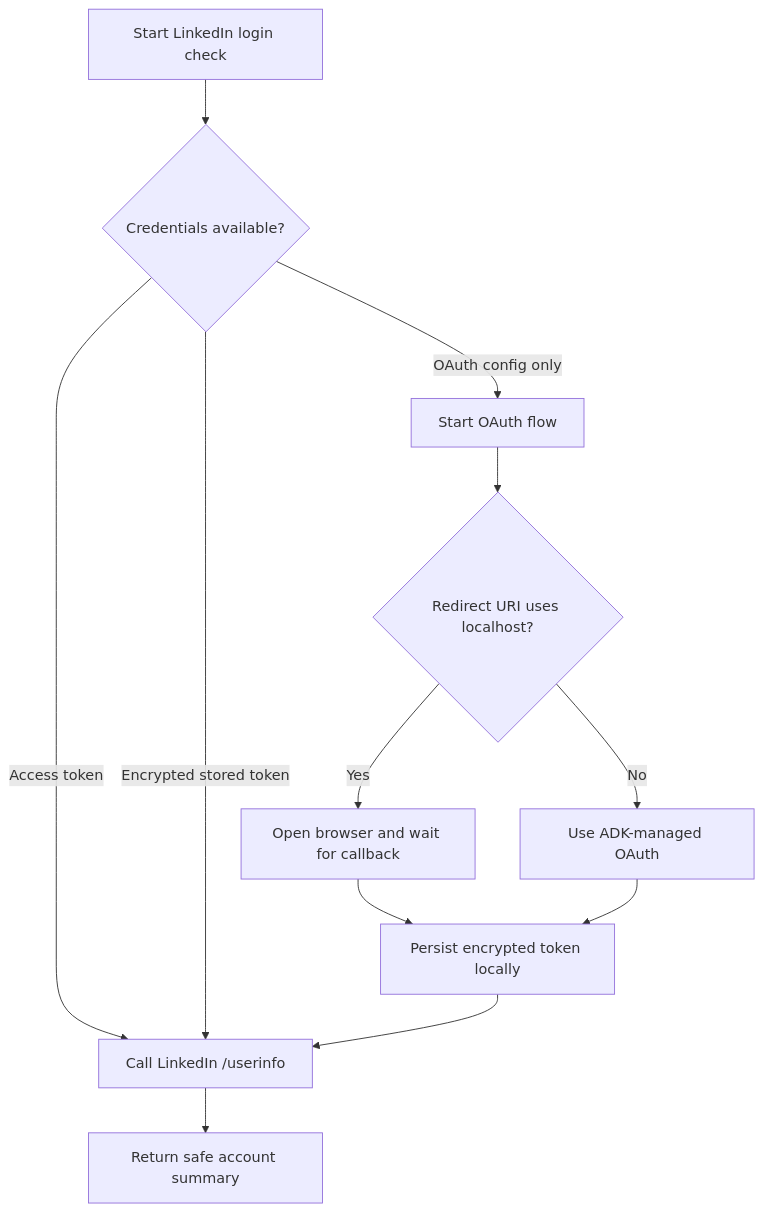
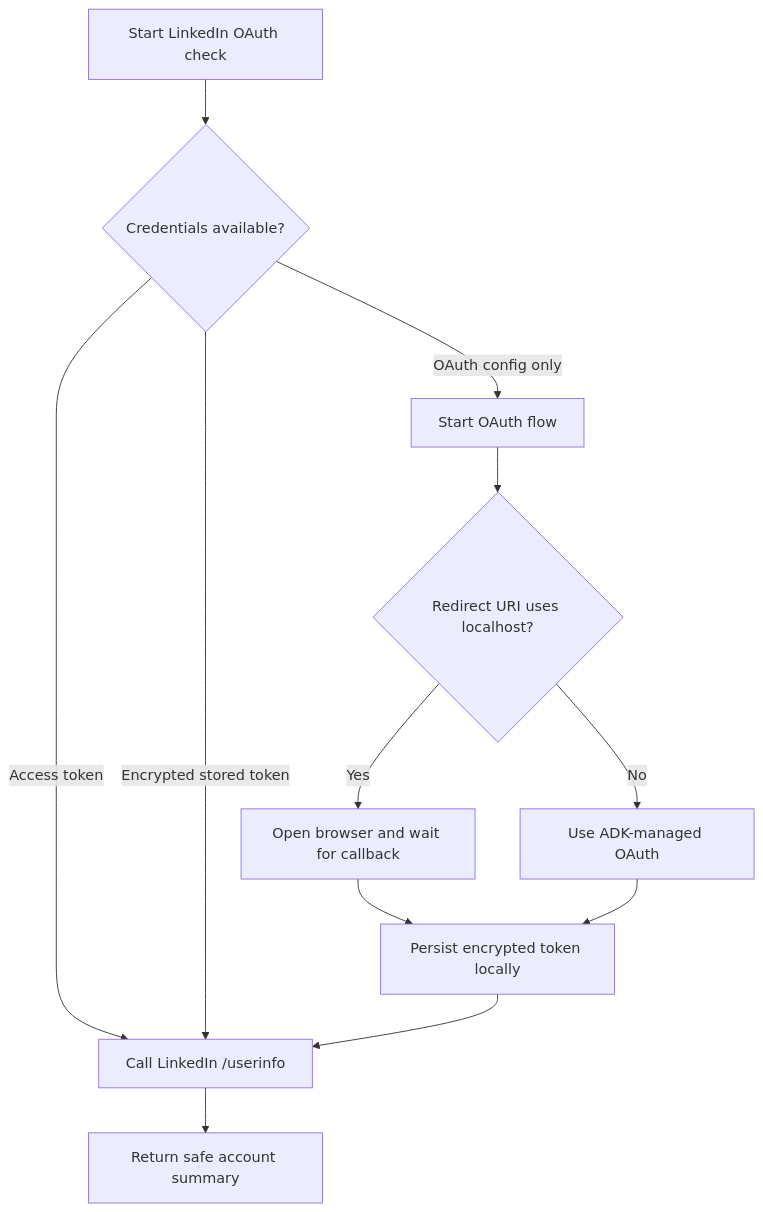
The first of 3 diagrams in README.md (ianmaciel7/linkedin-agent), drawn with Mermaid before and after one commit. The commit also changed other lines of this file and 38 other files, not shown here.

Commit message:
refactor: rename LinkedIn login service to OAuth service throughout codebase and documentation

````diff
--- a/README.md
+++ b/README.md
@@ -30,14 +30,14 @@
 ```mermaid
 flowchart TD
-    A[Start LinkedIn login check] --> B{Credentials available?}
+    A[Start LinkedIn OAuth check] --> B{Credentials available?}
     B -->|Access token| C[Call LinkedIn /userinfo]
     B -->|Encrypted stored token| C
     B -->|OAuth config only| D[Start OAuth flow]
     D --> E{Redirect URI uses localhost?}
     E -->|Yes| F[Open browser and wait for callback]
     E -->|No| G[Use ADK-managed OAuth]
     F --> H[Persist encrypted token locally]
     G --> H
     H --> C
     C --> I[Return safe account summary]
 ```
````
